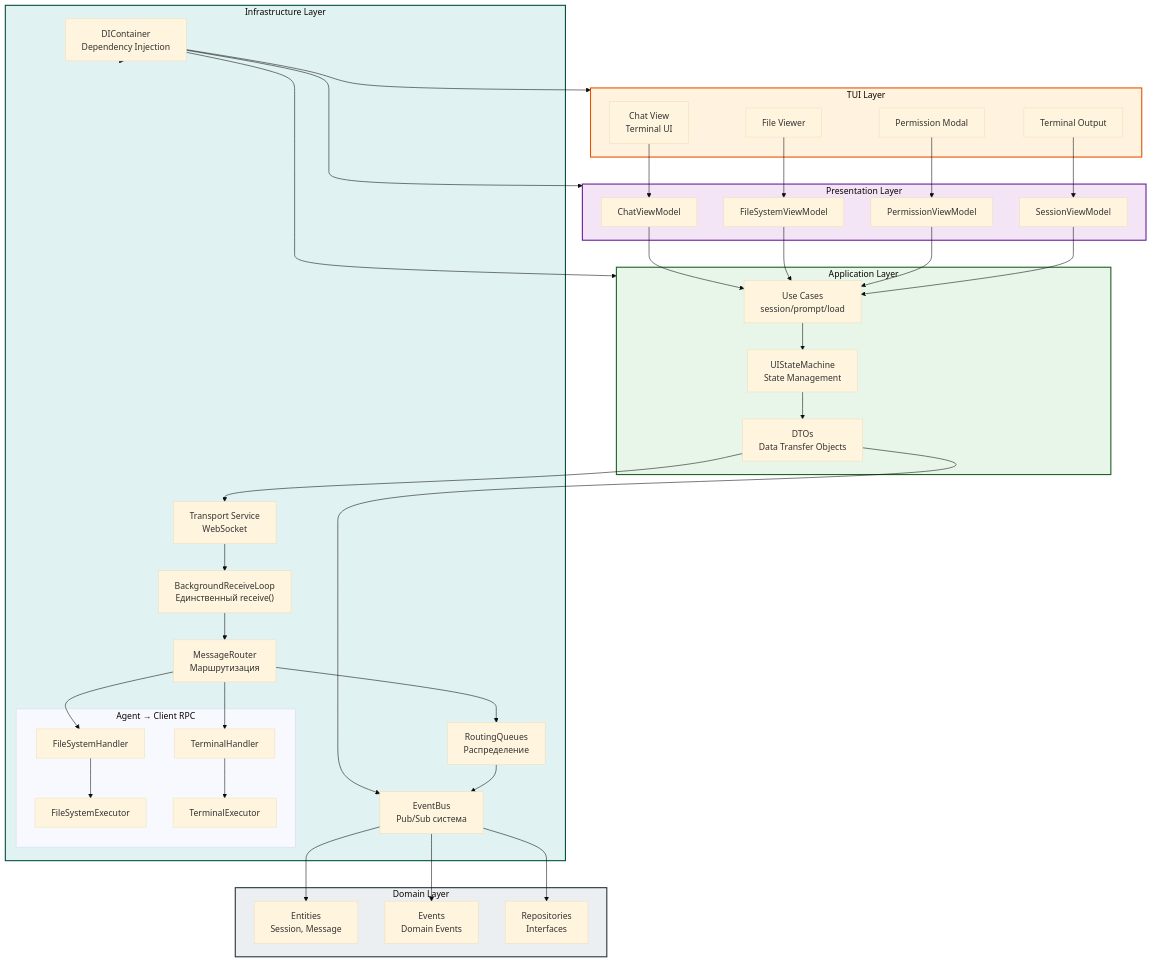
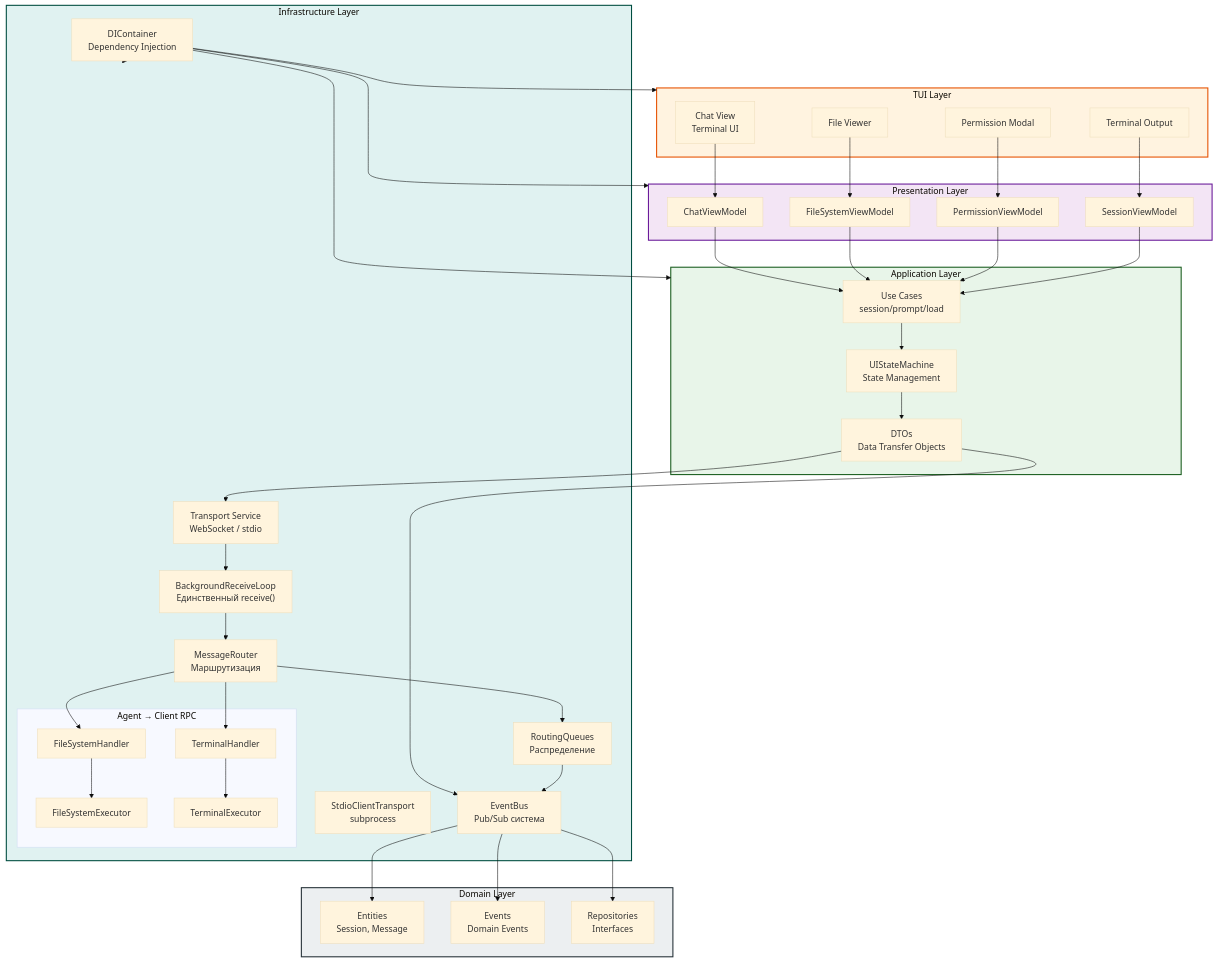
Before and after one commit to pese-git/codelab-ai: the third of 13 diagrams in ARCHITECTURE.md, drawn with Mermaid (base theme). The commit also changed other lines of this file and 29 other files, not shown here.

```diff
--- a/ARCHITECTURE.md
+++ b/ARCHITECTURE.md
@@ -163,12 +175,13 @@
     end
     
     subgraph Infrastructure["Infrastructure Layer"]
-        Transport["Transport Service<br/>WebSocket"]
+        Transport["Transport Service<br/>WebSocket / stdio"]
         BgLoop["BackgroundReceiveLoop<br/>Единственный receive()"]
         Router["MessageRouter<br/>Маршрутизация"]
         Queues["RoutingQueues<br/>Распределение"]
         EventBus["EventBus<br/>Pub/Sub система"]
         DI["DIContainer<br/>Dependency Injection"]
+        StdioTransport["StdioClientTransport<br/>subprocess"]
         
         subgraph AgentRPC["Agent → Client RPC"]
             FSHandler["FileSystemHandler"]
```
